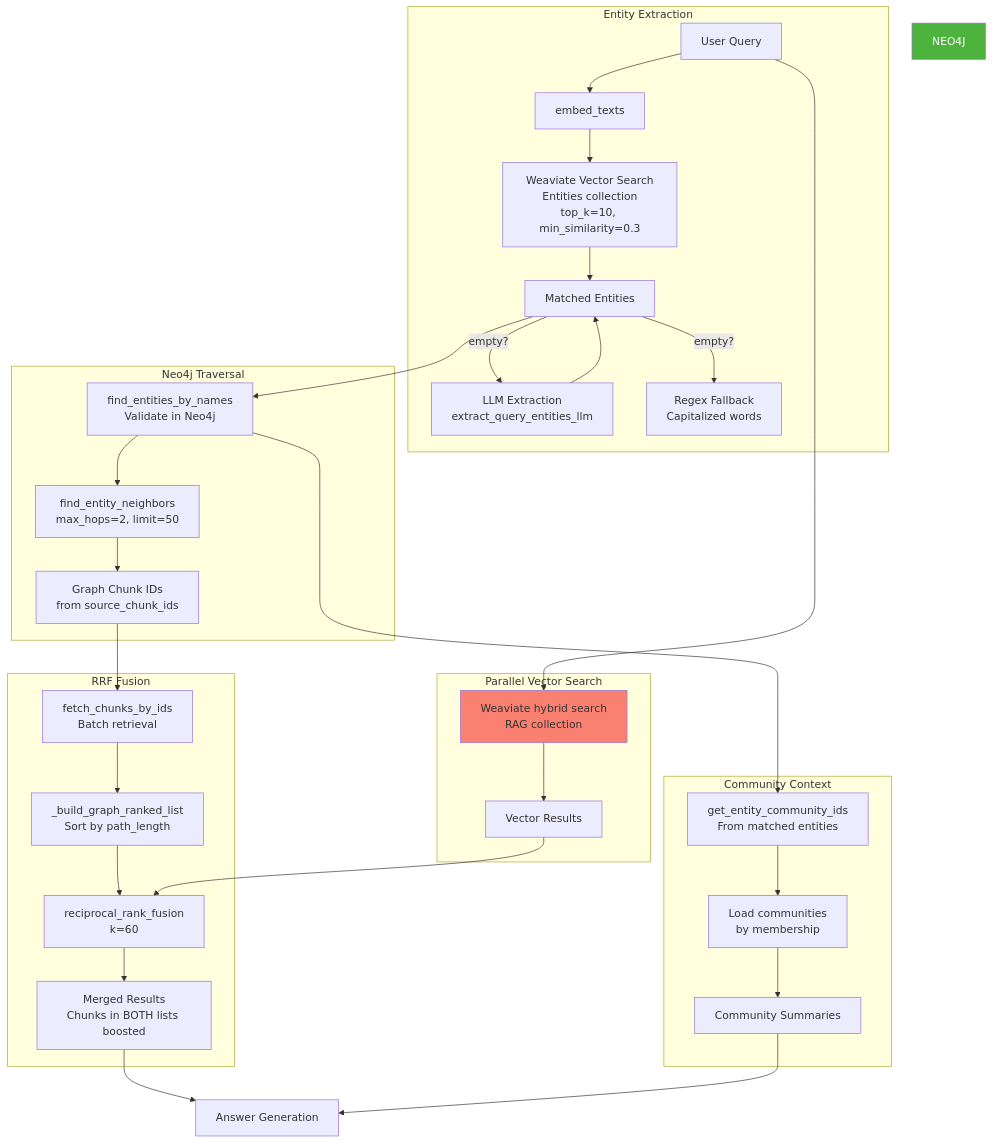
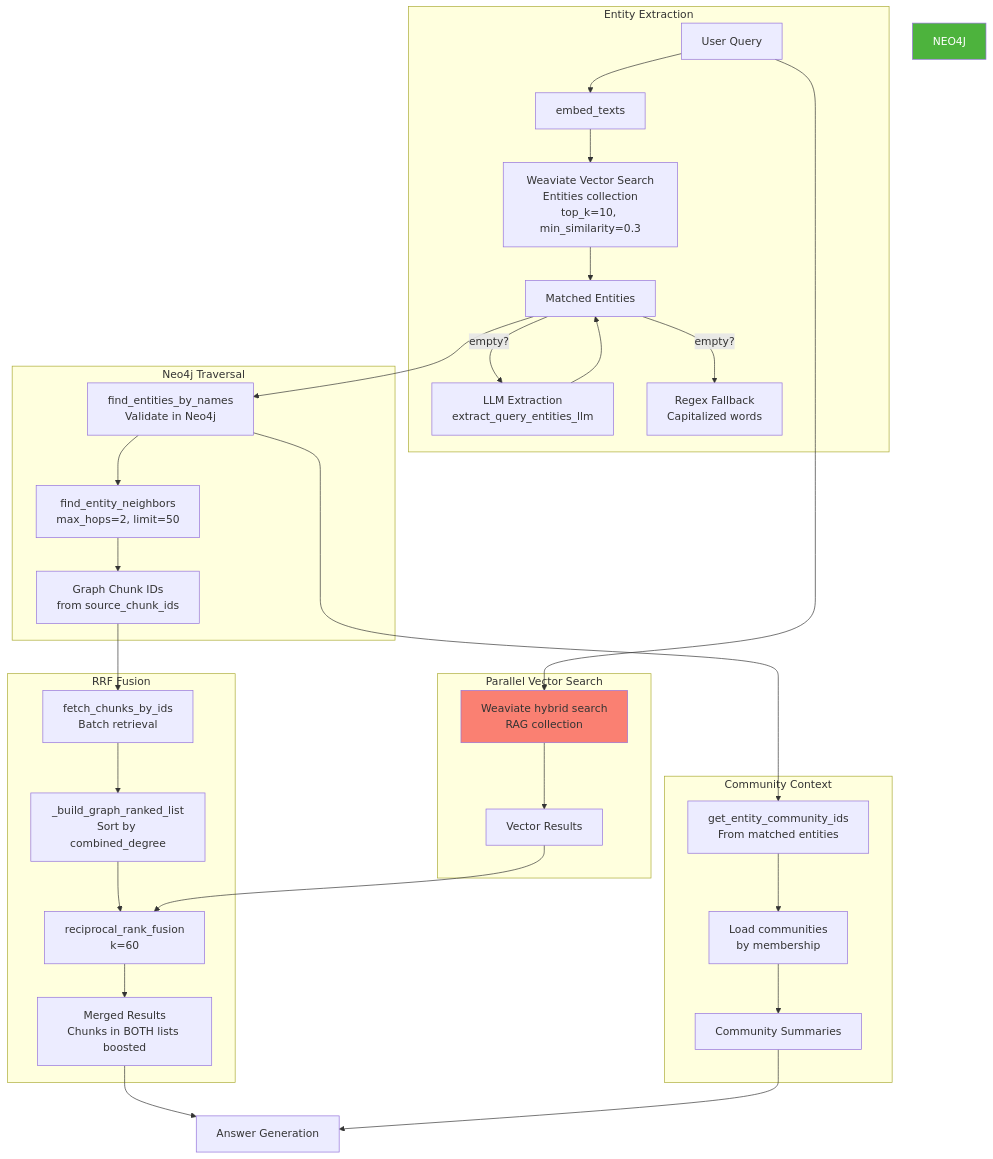
The seventh of 8 diagrams in memory-bank/graphrag/graphrag_raglab_implementation.md (crlsrmrlsz/raglab), drawn with Mermaid before and after one commit. The commit also changed other lines of this file and 4 other files, not shown here.

First line of the commit message:
feat(graphrag): align relationship ranking with Microsoft's combined_degree

````diff
--- a/memory-bank/graphrag/graphrag_raglab_implementation.md
+++ b/memory-bank/graphrag/graphrag_raglab_implementation.md
@@ -490,44 +490,44 @@
 ```mermaid
 flowchart TB
     subgraph EntityExtraction["Entity Extraction"]
         QUERY[User Query] --> EMBED[embed_texts]
         EMBED --> SEARCH[Weaviate Vector Search<br/>Entities collection<br/>top_k=10, min_similarity=0.3]
         SEARCH --> ENTITIES[Matched Entities]
 
         ENTITIES --> |empty?| LLM_FALLBACK[LLM Extraction<br/>extract_query_entities_llm]
         LLM_FALLBACK --> ENTITIES
 
         ENTITIES --> |empty?| REGEX[Regex Fallback<br/>Capitalized words]
     end
 
     subgraph GraphTraversal["Neo4j Traversal"]
         ENTITIES --> VALIDATE[find_entities_by_names<br/>Validate in Neo4j]
         VALIDATE --> TRAVERSE[find_entity_neighbors<br/>max_hops=2, limit=50]
         TRAVERSE --> GRAPH_CHUNKS[Graph Chunk IDs<br/>from source_chunk_ids]
     end
 
     subgraph VectorSearch["Parallel Vector Search"]
         QUERY --> WEAVIATE[Weaviate hybrid search<br/>RAG collection]
         WEAVIATE --> VECTOR_CHUNKS[Vector Results]
     end
 
     subgraph RRFMerge["RRF Fusion"]
         GRAPH_CHUNKS --> FETCH[fetch_chunks_by_ids<br/>Batch retrieval]
-        FETCH --> RANK_GRAPH[_build_graph_ranked_list<br/>Sort by path_length]
+        FETCH --> RANK_GRAPH[_build_graph_ranked_list<br/>Sort by combined_degree]
         RANK_GRAPH --> RRF[reciprocal_rank_fusion<br/>k=60]
         VECTOR_CHUNKS --> RRF
         RRF --> MERGED[Merged Results<br/>Chunks in BOTH lists boosted]
     end
 
     subgraph CommunityContext["Community Context"]
         VALIDATE --> COMM_IDS[get_entity_community_ids<br/>From matched entities]
         COMM_IDS --> LOAD_COMM[Load communities<br/>by membership]
         LOAD_COMM --> CONTEXT[Community Summaries]
     end
 
     MERGED --> ANSWER[Answer Generation]
     CONTEXT --> ANSWER
 
     style WEAVIATE fill:#fa8072
     style NEO4J fill:#4db33d,color:white
 ```
````
